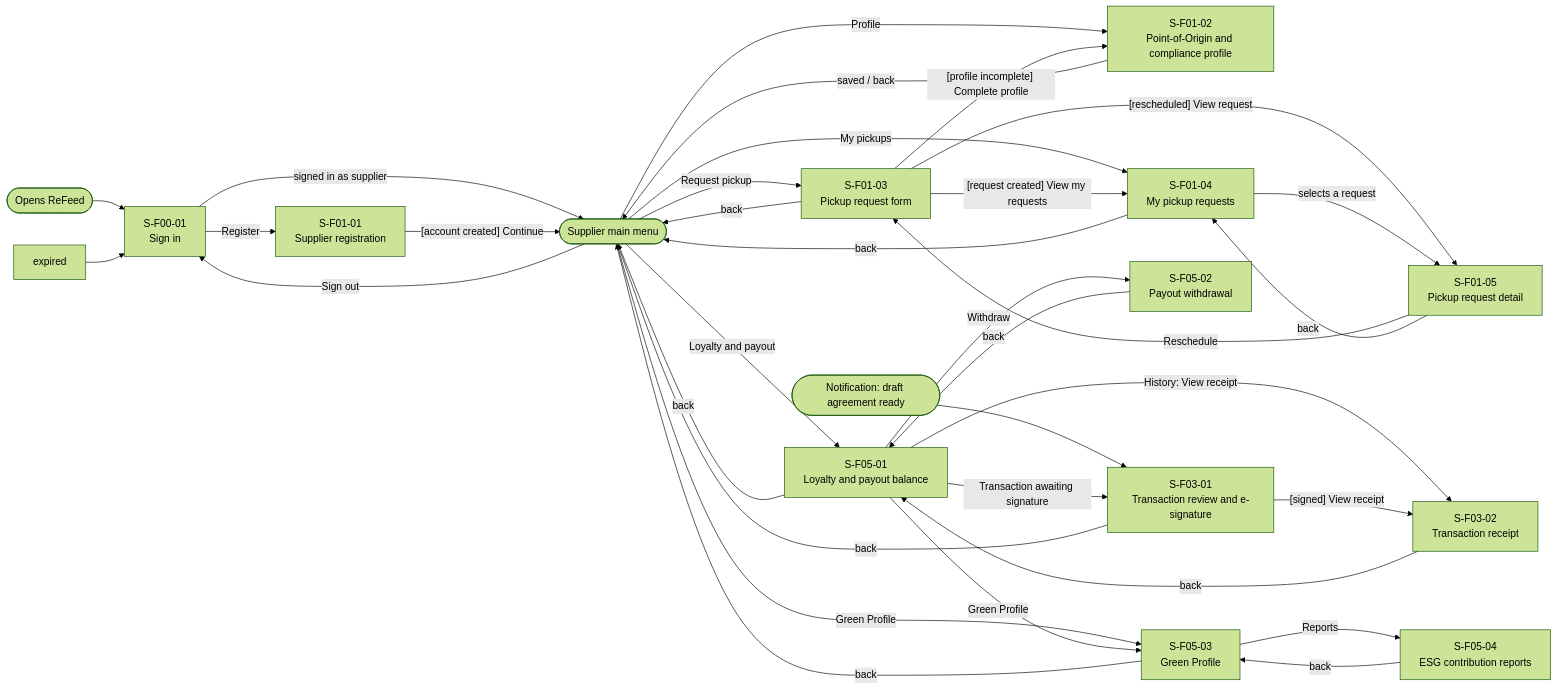
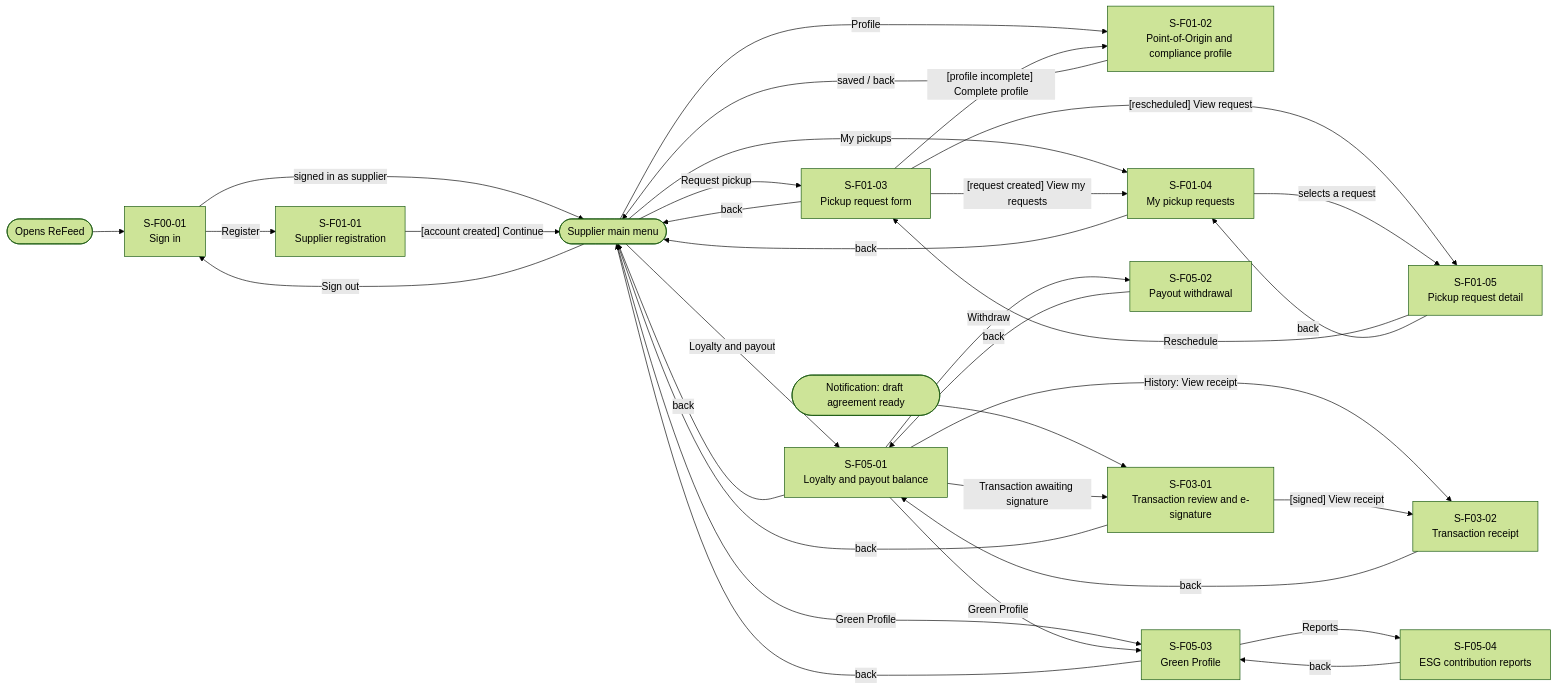
The first of 4 diagrams in docs/external-design/trial.md (thuyvicbh-alt/DBIZ2---GROUP-D), drawn with Mermaid (forest theme) before and after one commit.

````diff
--- a/docs/external-design/trial.md
+++ b/docs/external-design/trial.md
@@ -5,51 +5,50 @@
 ```mermaid
 flowchart LR
   entry(["Opens ReFeed"])
   notif(["Notification: draft agreement ready"])
   menu(["Supplier main menu"])
   S00_01["S-F00-01<br>Sign in"]
   S01_01["S-F01-01<br>Supplier registration"]
   S01_02["S-F01-02<br>Point-of-Origin and compliance profile"]
   S01_03["S-F01-03<br>Pickup request form"]
   S01_04["S-F01-04<br>My pickup requests"]
   S01_05["S-F01-05<br>Pickup request detail"]
   S03_01["S-F03-01<br>Transaction review and e-signature"]
   S03_02["S-F03-02<br>Transaction receipt"]
   S05_01["S-F05-01<br>Loyalty and payout balance"]
   S05_02["S-F05-02<br>Payout withdrawal"]
   S05_03["S-F05-03<br>Green Profile"]
   S05_04["S-F05-04<br>ESG contribution reports"]
   entry --> S00_01
-  expired --> S00_01
   notif --> S03_01
   S00_01 -->|"Register"| S01_01
   S00_01 -->|"signed in as supplier"| menu
   S01_01 -->|"[account created] Continue"| menu
   menu -->|"Profile"| S01_02
   menu -->|"Request pickup"| S01_03
   menu -->|"My pickups"| S01_04
   menu -->|"Loyalty and payout"| S05_01
   menu -->|"Green Profile"| S05_03
   menu -->|"Sign out"| S00_01
   S01_02 -->|"saved / back"| menu
   S01_03 -->|"[profile incomplete] Complete profile"| S01_02
   S01_03 -->|"[request created] View my requests"| S01_04
   S01_03 -->|"[rescheduled] View request"| S01_05
   S01_03 -->|"back"| menu
   S01_04 -->|"selects a request"| S01_05
   S01_04 -->|"back"| menu
   S01_05 -->|"Reschedule"| S01_03
   S01_05 -->|"back"| S01_04
   S05_01 -->|"Transaction awaiting signature"| S03_01
   S05_01 -->|"History: View receipt"| S03_02
   S05_01 -->|"Withdraw"| S05_02
   S05_01 -->|"Green Profile"| S05_03
   S05_01 -->|"back"| menu
   S03_01 -->|"[signed] View receipt"| S03_02
   S03_01 -->|"back"| menu
   S03_02 -->|"back"| S05_01
   S05_02 -->|"back"| S05_01
   S05_03 -->|"Reports"| S05_04
   S05_03 -->|"back"| menu
   S05_04 -->|"back"| S05_03
 ```
````
